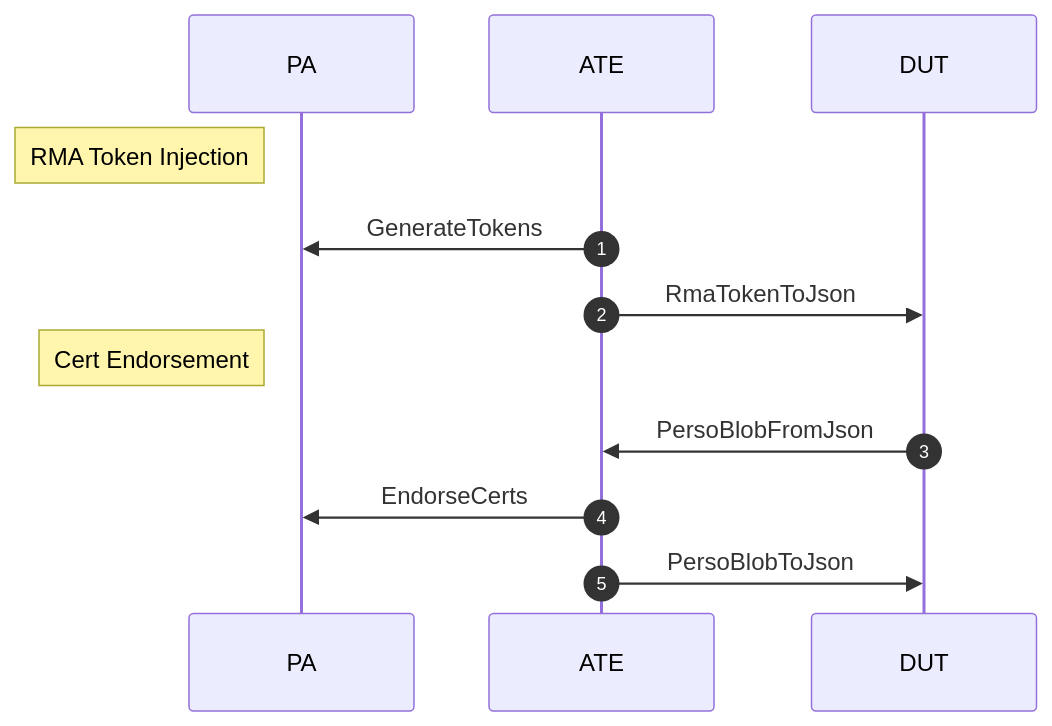
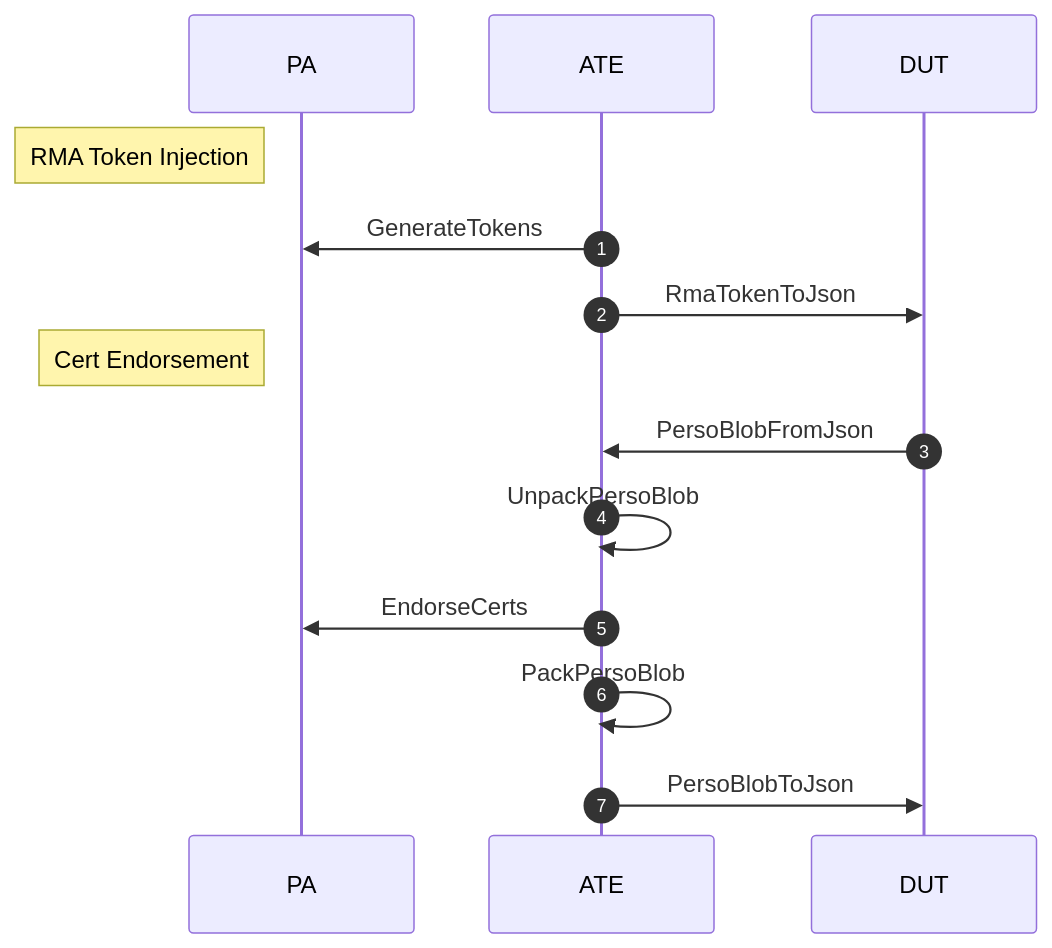
The second of 2 diagrams in docs/ate.md (timothytrippel/opentitan-provisioning), drawn with Mermaid before and after one commit. The commit also changed 5 other files, not shown here.

First line of the commit message:
[ate] perso blob parser

````diff
--- a/docs/ate.md
+++ b/docs/ate.md
@@ -50,16 +50,18 @@
 ```mermaid
 sequenceDiagram
     participant PA
     participant ATE
     participant DUT
     autonumber
 
     note left of PA: RMA Token Injection
     ATE->>PA: GenerateTokens
     ATE->>DUT: RmaTokenToJson
 
     note left of PA: Cert Endorsement
     DUT->>ATE: PersoBlobFromJson
+    ATE->>ATE: UnpackPersoBlob
     ATE->>PA: EndorseCerts
+    ATE->>ATE: PackPersoBlob
     ATE->>DUT: PersoBlobToJson
 ```
````
